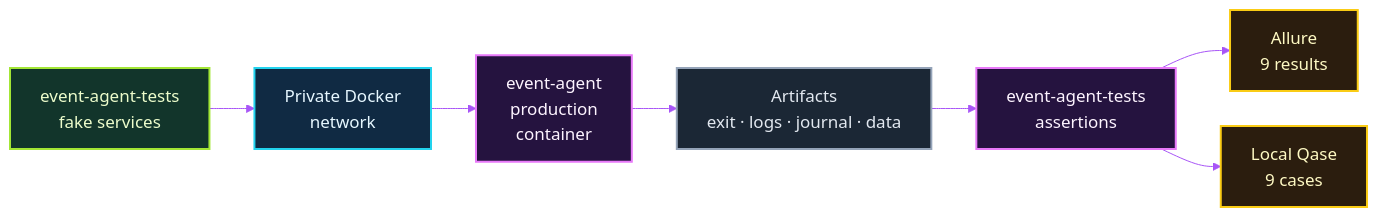
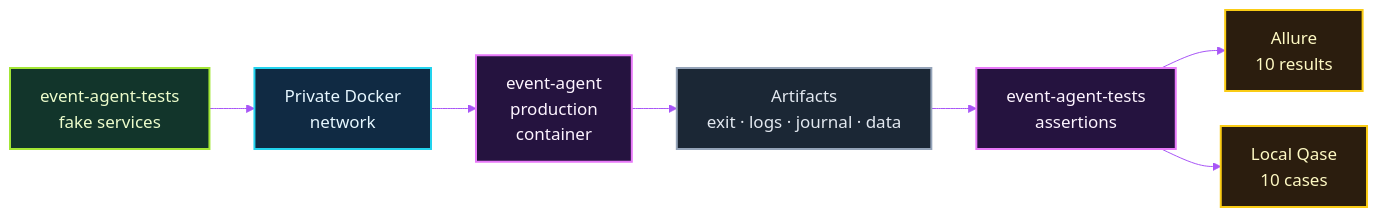
One commit to michalmarczuk/event-agent changed the second of 3 diagrams in docs/TESTING.md. Above: the diagram before and after it, drawn with Mermaid. The commit also changed other lines of this file and 5 other files, not shown here.

Commit message:
Document multi-source event discovery architecture

````diff
--- a/docs/TESTING.md
+++ b/docs/TESTING.md
@@ -92,21 +92,21 @@
 ```mermaid
 %%{init: {'theme': 'base', 'themeVariables': {'background': '#07111f', 'primaryColor': '#102a43', 'primaryTextColor': '#e6f7ff', 'primaryBorderColor': '#22d3ee', 'secondaryColor': '#25133f', 'tertiaryColor': '#12352b', 'lineColor': '#a855f7', 'fontFamily': 'ui-sans-serif, system-ui', 'fontSize': '17px'}, 'flowchart': {'nodeSpacing': 35, 'rankSpacing': 45}}}%%
 flowchart LR
     fake["event-agent-tests<br/>fake services"] --> network["Private Docker<br/>network"]
     network --> sut["event-agent<br/>production<br/>container"]
     sut --> artifacts["Artifacts<br/>exit · logs · journal · data"]
     artifacts --> assertions["event-agent-tests<br/>assertions"]
-    assertions --> allure["Allure<br/>9 results"]
-    assertions --> qase["Local Qase<br/>9 cases"]
+    assertions --> allure["Allure<br/>10 results"]
+    assertions --> qase["Local Qase<br/>10 cases"]
 
     classDef lime fill:#12352b,stroke:#a3e635,color:#ecfccb,stroke-width:2px;
     classDef boundary fill:#102a43,stroke:#22d3ee,color:#e6f7ff,stroke-width:2px;
     classDef violet fill:#25133f,stroke:#e879f9,color:#fdf4ff,stroke-width:2px;
     classDef artifact fill:#1b2735,stroke:#94a3b8,color:#e2e8f0,stroke-width:2px;
     classDef report fill:#2b1d0e,stroke:#facc15,color:#fef9c3,stroke-width:2px;
     class fake lime;
     class network boundary;
     class sut,assertions violet;
     class artifacts artifact;
     class allure,qase report;
 ```
````
